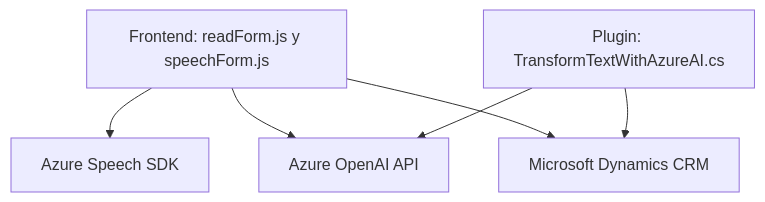
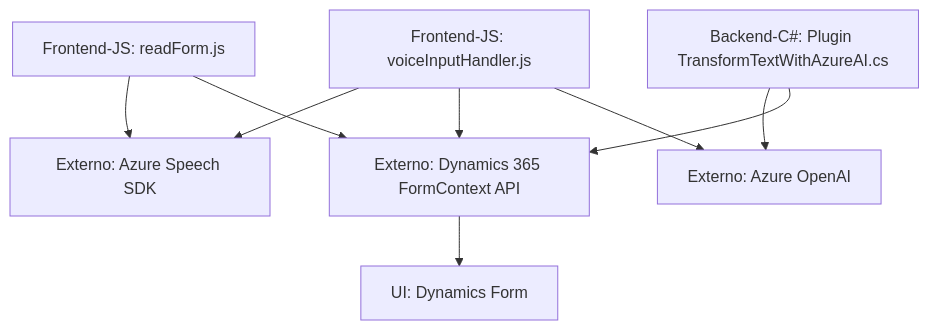
The diagram in README.md (blopezdm/NETCORE_BILBAO2025), drawn with Mermaid before and after one commit. The commit also changed other lines of this file, not shown here.

````diff
--- a/README.md
+++ b/README.md
@@ -40,14 +38,19 @@
 ```mermaid
 graph TD
-    A["Frontend: readForm.js y speechForm.js"]
-    B["Azure Speech SDK"]
-    C["Plugin: TransformTextWithAzureAI.cs"]
-    D["Microsoft Dynamics CRM"]
-    E["Azure OpenAI API"]
+    A["Frontend-JS: readForm.js"]
+    B["Frontend-JS: voiceInputHandler.js"]
+    C["Backend-C#: Plugin TransformTextWithAzureAI.cs"]
+    D["Externo: Azure Speech SDK"]
+    E["Externo: Azure OpenAI"]
+    F["Externo: Dynamics 365 FormContext API"]
+    G["UI: Dynamics Form"]
 
-    A --> B
-    A --> E
     A --> D
-    C --> D
+    A --> F
+    B --> D
+    B --> F
+    B --> E
     C --> E
+    C --> F
+    F --> G
 ```
````
